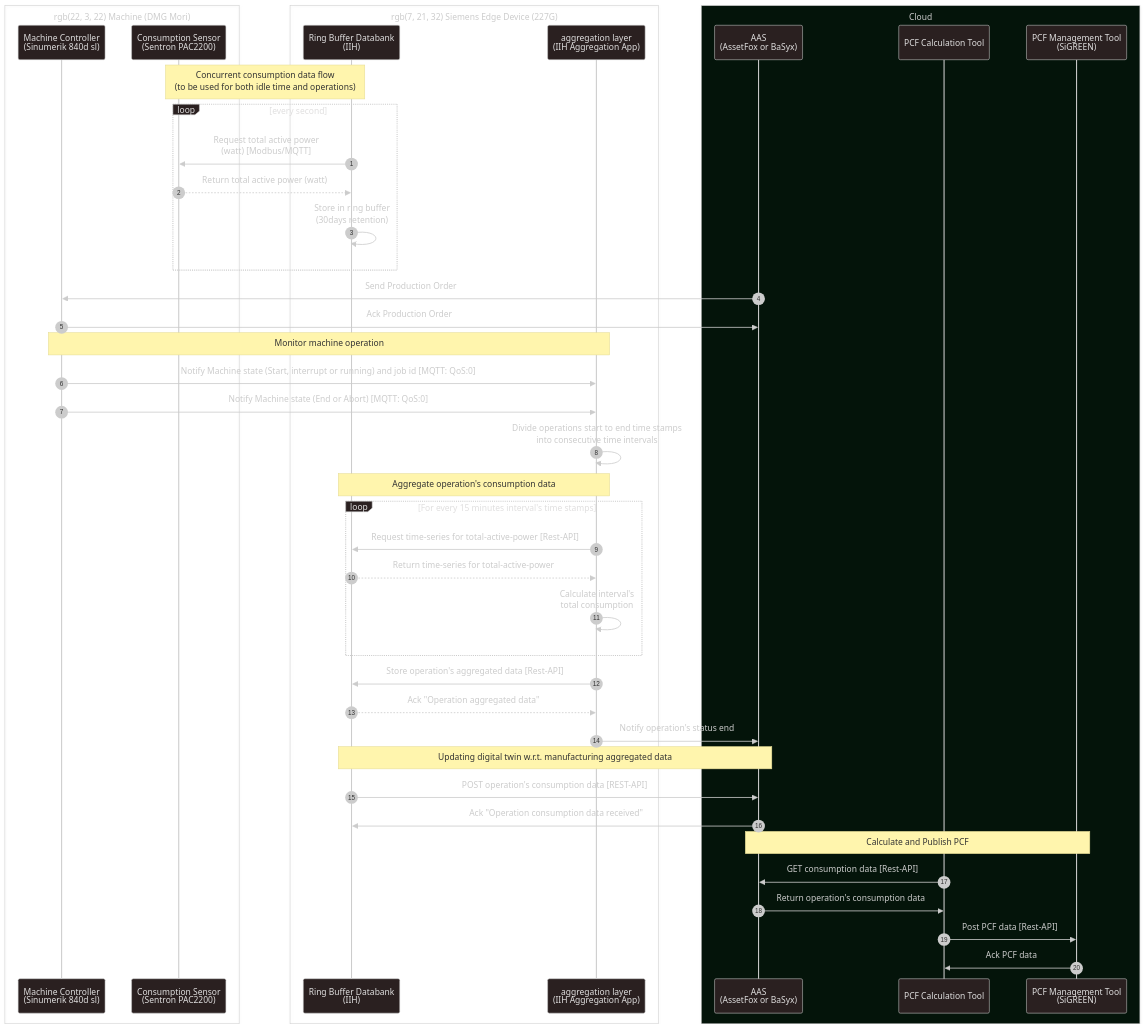
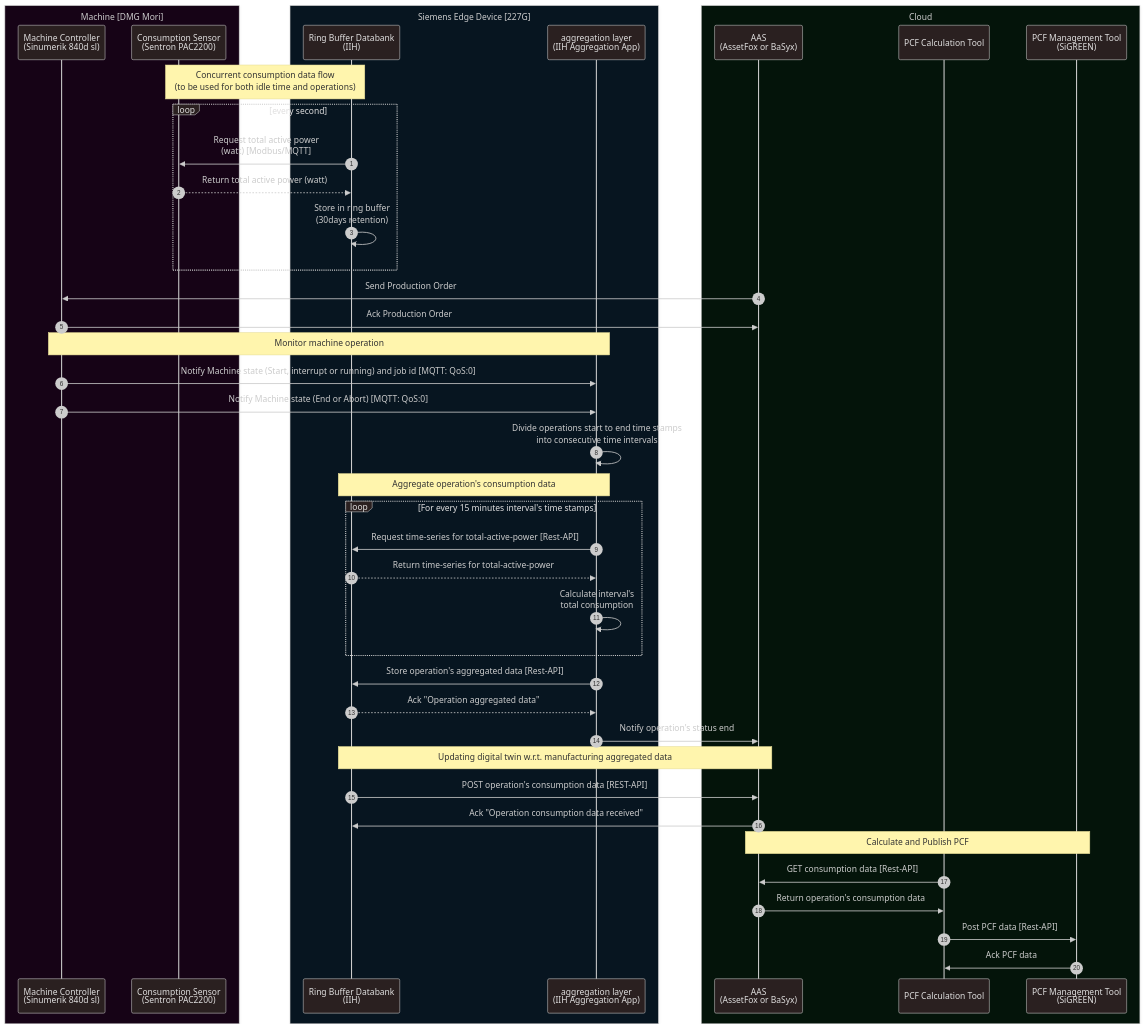
The diagram in docs/diagrams/AAS_case/2_AAS_all_modules.mmd (factory-x-contributions/PCF_Calculation_Hub), drawn with Mermaid before and after one commit. The commit also changed 22 other files, not shown here.

```diff
--- a/docs/diagrams/AAS_case/2_AAS_all_modules.mmd
+++ b/docs/diagrams/AAS_case/2_AAS_all_modules.mmd
@@ -1,73 +1,78 @@
-%%{init: {'theme': 'neo-dark', 'look': 'classic'}}%%
+---
+config:
+  theme: neo-dark
+  look: classic
+---
+
 sequenceDiagram
     autonumber
-box rgb(22, 3, 22) Machine (DMG Mori)
+box rgb(22, 3, 22) Machine [DMG Mori]
 
     participant Controller as Machine Controller <br>(Sinumerik 840d sl)
     participant Sensor as Consumption Sensor<br>(Sentron PAC2200)
 end
-box rgb(7, 21, 32) Siemens Edge Device (227G)
+box rgb(7, 21, 32) Siemens Edge Device [227G]
 
     participant IIH as Ring Buffer Databank <br>(IIH)
 
     participant Aggregator as aggregation layer<br>(IIH Aggregation App)
 end
     %% participant MX_Port as MX-Port (Orion)
 box rgb(4, 20, 10) Cloud
     participant AAS as AAS <br>(AssetFox or BaSyx)
     participant PCF_calc as PCF Calculation Tool
     participant PCF_mng as PCF Management Tool<br>(SiGREEN)
 end
 
     Note over Sensor, IIH: Concurrent consumption data flow <br>(to be used for both idle time and operations)
     loop every second
         %% rect rgb(12, 62, 11)
         %% interval can depend on if it is active power or tarif
         %% note right of Sensor: Involves MX-Adapterand  Converter
         IIH->>Sensor: Request total active power<br>(watt) [Modbus/MQTT]
         Sensor-->>IIH: Return total active power (watt)
         %% end
         IIH->>IIH: Store in ring buffer<br> (30days retention)
     end
     AAS->>Controller: Send Production Order
     Controller->>AAS: Ack Production Order
     Note over Controller, Aggregator: Monitor machine operation
     %% TODO: do we tell the machine job id also?
     %% TODO: for now we only send the job id, but we could also send the machine id
     %% TODO: operation abort or interrupt
     Controller->>Aggregator: Notify Machine state (Start, interrupt or running) and job id [MQTT: QoS:0]
     %% Aggregator-->>Controller: Ack "Operation Start Received"
     Controller->>Aggregator: Notify Machine state (End or Abort) [MQTT: QoS:0]
     %% Aggregator->>Aggregator: Record start, end and interrupt timestamps [UTC]
 
     %% Aggregator-->>Controller: Ack "Operation End Received"
     %% Aggregator->>Aggregator: Record end timestamp [UTC]
     Aggregator->>Aggregator: Divide operations start to end time stamps <br> into consecutive time intervals
     Note over Aggregator, IIH: Aggregate operation's consumption data
     loop For every 15 minutes interval's time stamps
         Aggregator->>IIH: Request time-series for total-active-power [Rest-API]
         IIH-->>Aggregator: Return time-series for total-active-power
         Aggregator->>Aggregator: Calculate interval's <br> total consumption
     end
     Aggregator->>IIH: Store operation's aggregated data [Rest-API]
     IIH-->>Aggregator: Ack "Operation aggregated data"
     Aggregator->>AAS: Notify operation's status end
 
 %% init0, running1, ended2, interrupted3, aborted4
 %% in practice what I did is agg layer directly sends data to AAS but makes
 %%sense if it first records it to database, either for bookkeeping or reliability
     Note over AAS, IIH: Updating digital twin w.r.t. manufacturing aggregated data
 
     %% AAS->>MX_Port: Request operation's aggregated data [OPC-UA]
     %% MX_Port->>IIH: Request operation's aggregated data [OPC-UA]
     %% AAS->>MX_Port: Request operation's aggregated data [OPC-UA]
     IIH->>AAS: POST operation's consumption data [REST-API]
     AAS->>IIH: Ack "Operation consumption data received"
     %% AAS->>AAS: Assign product UUID
 
     Note over AAS, PCF_mng: Calculate and Publish PCF
     PCF_calc->>AAS: GET consumption data [Rest-API]
     AAS->>PCF_calc: Return operation's consumption data
 
     PCF_calc->>PCF_mng: Post PCF data [Rest-API]
     PCF_mng->>PCF_calc: Ack PCF data
```
